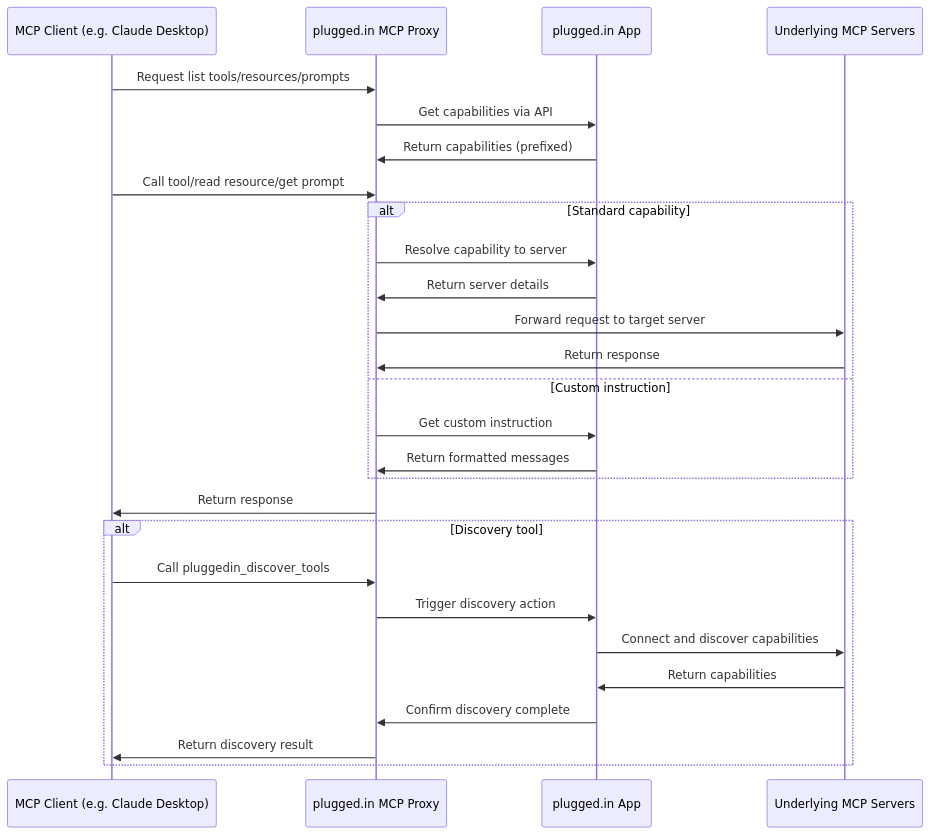
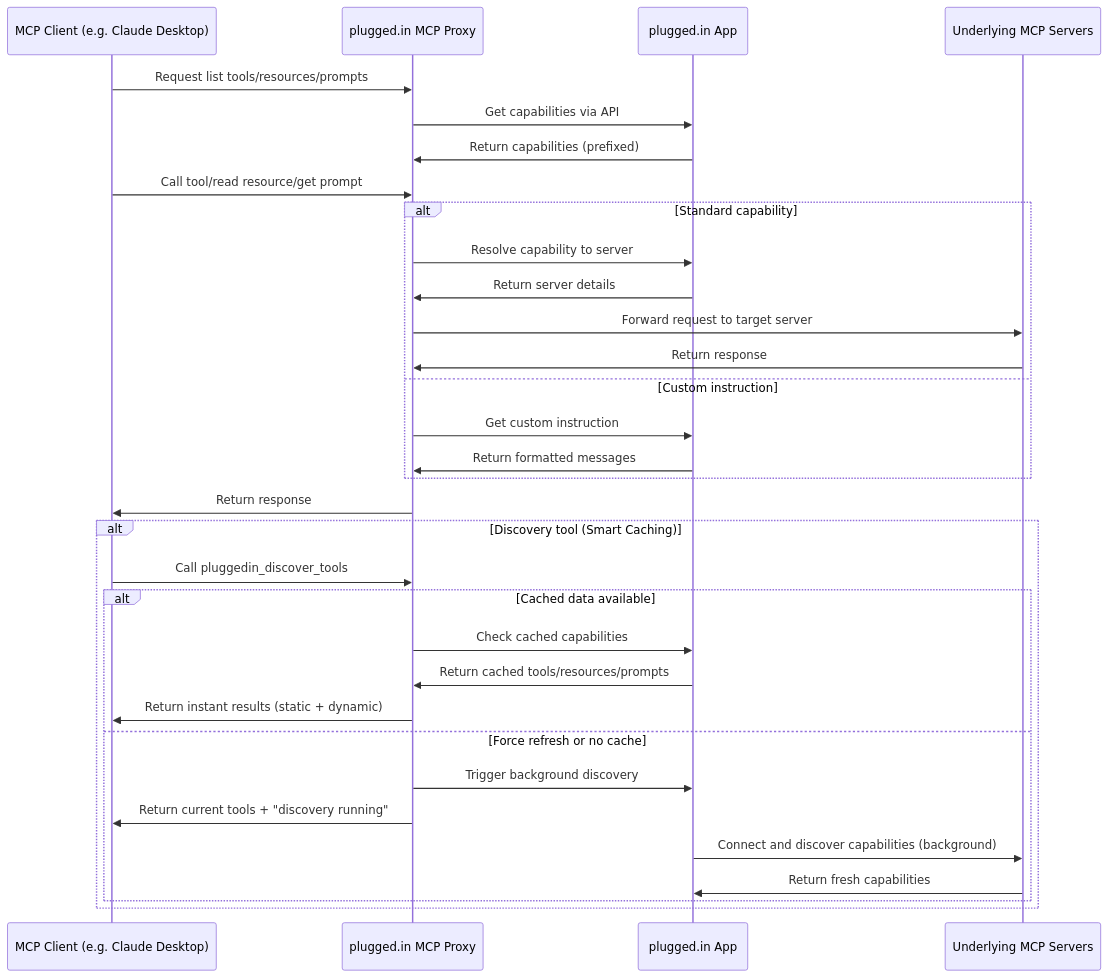
Before and after one commit to hockinghills/pluggedin-mcp-proxy: the diagram in README.md, drawn with Mermaid. The commit also changed other lines of this file and 2 other files, not shown here.

Commit message:
feat: enhance README with smart discovery caching feature, update tool categories, and improve discovery tool usage instructions

````diff
--- a/README.md
+++ b/README.md
@@ -278,32 +327,37 @@
 ```mermaid
 sequenceDiagram
     participant MCPClient as MCP Client (e.g. Claude Desktop)
     participant PluggedinMCP as plugged.in MCP Proxy
     participant PluggedinApp as plugged.in App
     participant MCPServers as Underlying MCP Servers
 
     MCPClient ->> PluggedinMCP: Request list tools/resources/prompts
     PluggedinMCP ->> PluggedinApp: Get capabilities via API
     PluggedinApp ->> PluggedinMCP: Return capabilities (prefixed)
 
     MCPClient ->> PluggedinMCP: Call tool/read resource/get prompt
     alt Standard capability
         PluggedinMCP ->> PluggedinApp: Resolve capability to server
         PluggedinApp ->> PluggedinMCP: Return server details
         PluggedinMCP ->> MCPServers: Forward request to target server
         MCPServers ->> PluggedinMCP: Return response
     else Custom instruction
         PluggedinMCP ->> PluggedinApp: Get custom instruction
         PluggedinApp ->> PluggedinMCP: Return formatted messages
     end
     PluggedinMCP ->> MCPClient: Return response
 
-    alt Discovery tool
+    alt Discovery tool (Smart Caching)
         MCPClient ->> PluggedinMCP: Call pluggedin_discover_tools
-        PluggedinMCP ->> PluggedinApp: Trigger discovery action
-        PluggedinApp ->> MCPServers: Connect and discover capabilities
-        MCPServers ->> PluggedinApp: Return capabilities
-        PluggedinApp ->> PluggedinMCP: Confirm discovery complete
-        PluggedinMCP ->> MCPClient: Return discovery result
+        alt Cached data available
+            PluggedinMCP ->> PluggedinApp: Check cached capabilities
+            PluggedinApp ->> PluggedinMCP: Return cached tools/resources/prompts
+            PluggedinMCP ->> MCPClient: Return instant results (static + dynamic)
+        else Force refresh or no cache
+            PluggedinMCP ->> PluggedinApp: Trigger background discovery
+            PluggedinMCP ->> MCPClient: Return current tools + "discovery running"
+            PluggedinApp ->> MCPServers: Connect and discover capabilities (background)
+            MCPServers ->> PluggedinApp: Return fresh capabilities
+        end
     end
 ```
````
